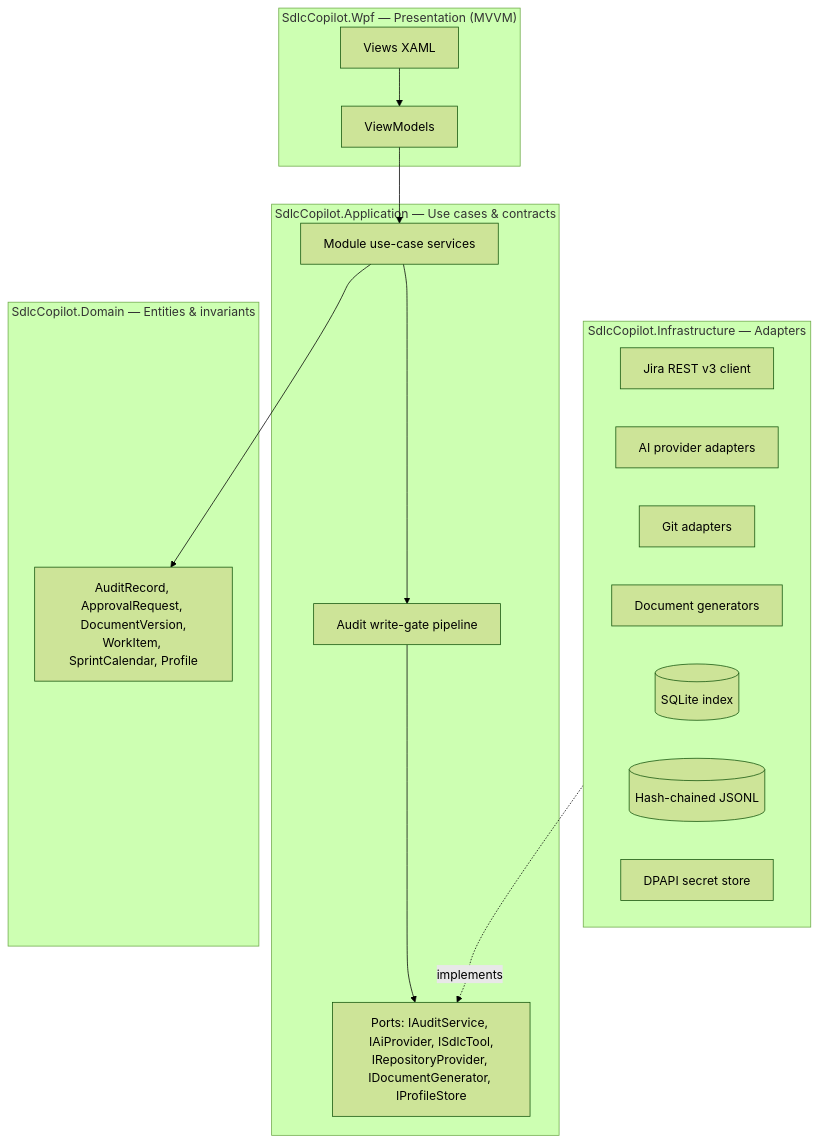
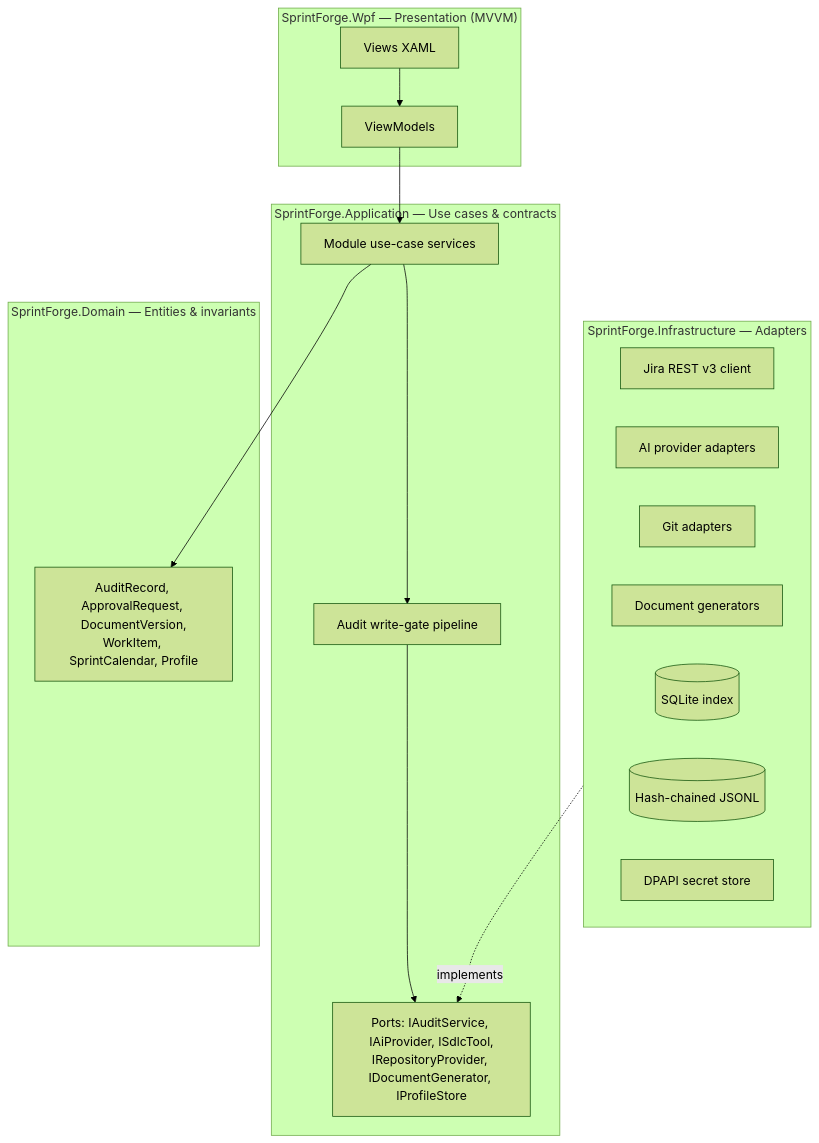
The first of 3 diagrams in docs/02-solution-architecture.md (learn-patwari/my-sdlc), drawn with Mermaid (forest theme) before and after one commit. The commit also changed other lines of this file and 9 other files, not shown here.

First line of the commit message:
Rename application from 'SDLC AI Copilot' to 'SprintForge'

````diff
--- a/docs/02-solution-architecture.md
+++ b/docs/02-solution-architecture.md
@@ -9,27 +9,27 @@
 ```mermaid
 flowchart TB
-    subgraph Presentation["SdlcCopilot.Wpf — Presentation (MVVM)"]
+    subgraph Presentation["SprintForge.Wpf — Presentation (MVVM)"]
         V[Views XAML] --> VM[ViewModels]
     end
-    subgraph Application["SdlcCopilot.Application — Use cases & contracts"]
+    subgraph Application["SprintForge.Application — Use cases & contracts"]
         UC[Module use-case services]
         P[Ports: IAuditService, IAiProvider, ISdlcTool,\nIRepositoryProvider, IDocumentGenerator, IProfileStore]
         GATE[Audit write-gate pipeline]
     end
-    subgraph Domain["SdlcCopilot.Domain — Entities & invariants"]
+    subgraph Domain["SprintForge.Domain — Entities & invariants"]
         E[AuditRecord, ApprovalRequest, DocumentVersion,\nWorkItem, SprintCalendar, Profile]
     end
-    subgraph Infrastructure["SdlcCopilot.Infrastructure — Adapters"]
+    subgraph Infrastructure["SprintForge.Infrastructure — Adapters"]
         J[Jira REST v3 client]
         AI[AI provider adapters]
         GIT[Git adapters]
         DOCGEN[Document generators]
         DB[(SQLite index)]
         JSONL[(Hash-chained JSONL)]
         SEC[DPAPI secret store]
     end
     VM --> UC
     UC --> GATE --> P
     UC --> E
     Infrastructure -. implements .-> P
 ```
````
